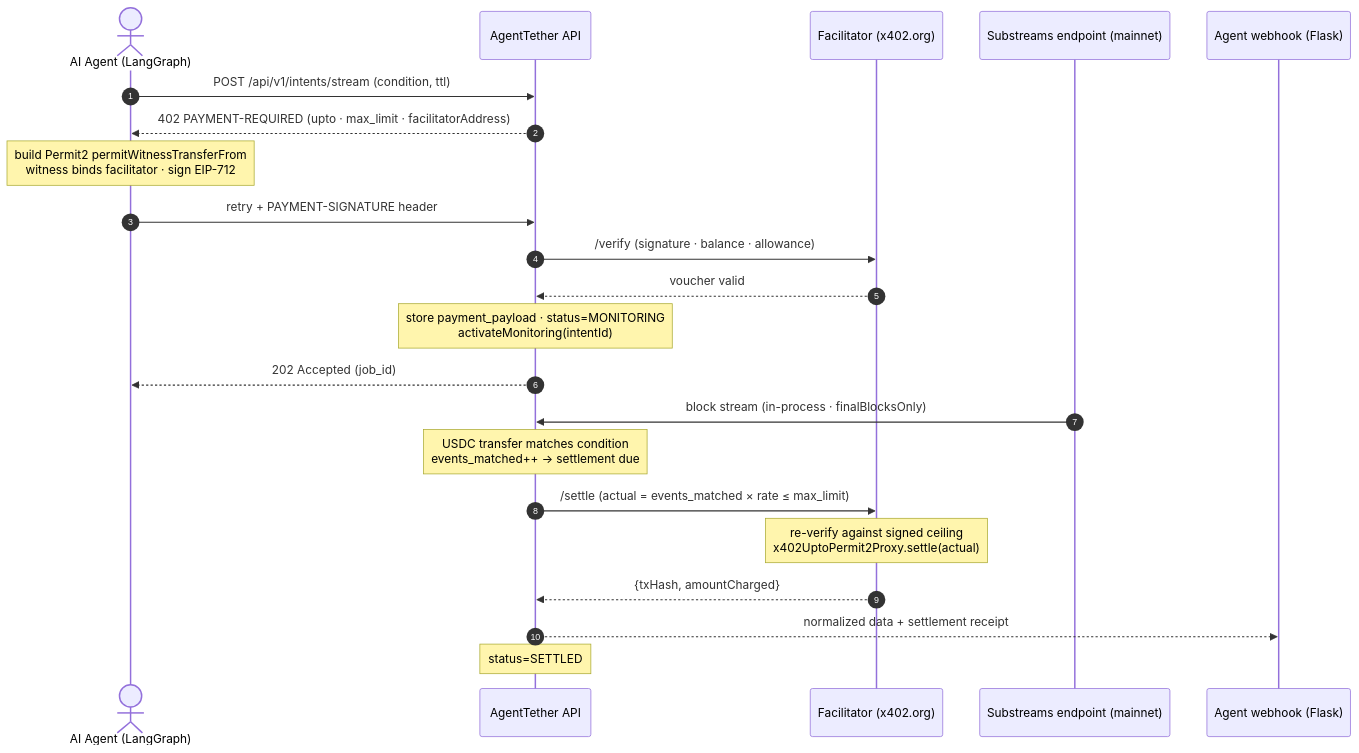
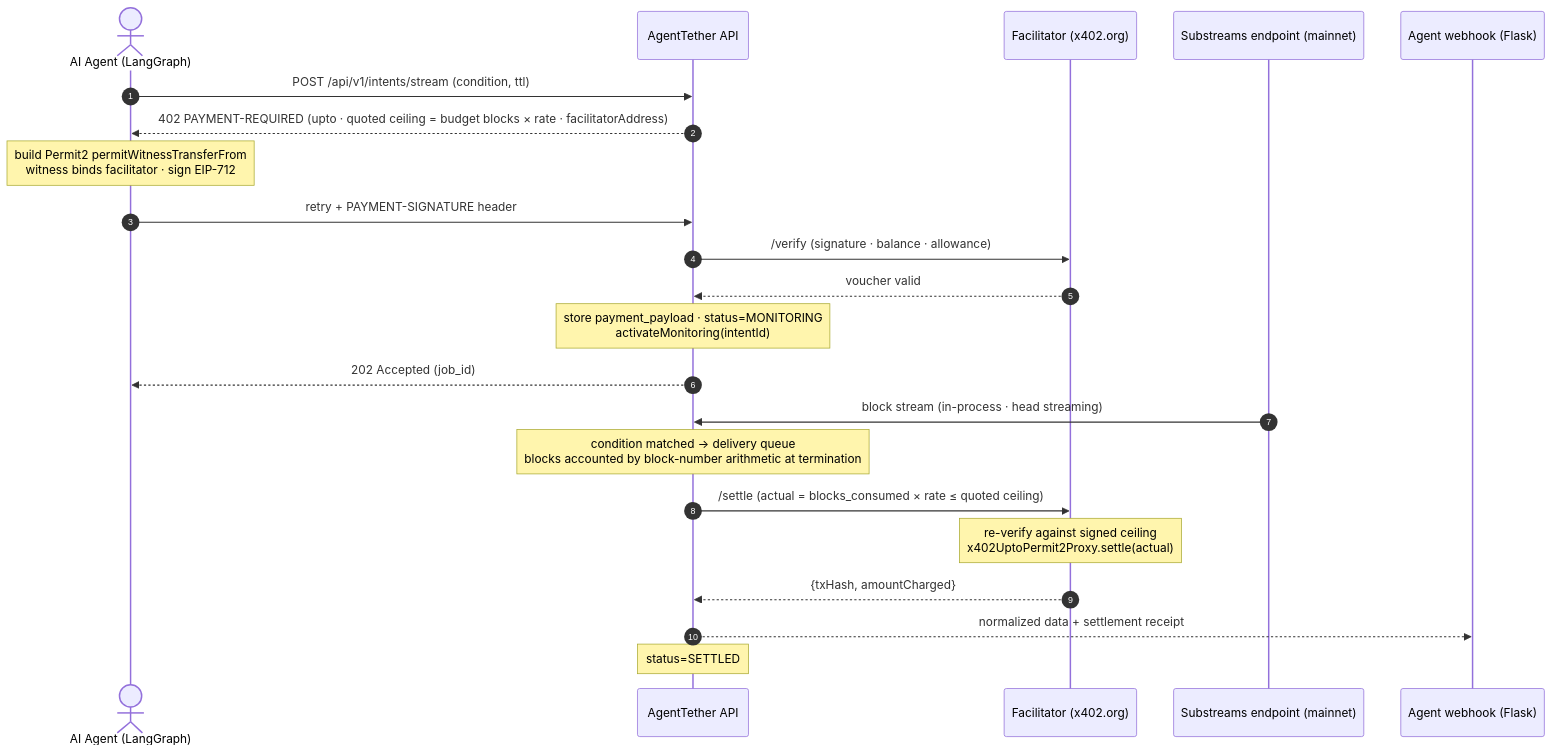
One commit to roderickhodgson/AgentTether changed the second of 3 diagrams in README.md. Above: the diagram before and after it, drawn with Mermaid. The commit also changed other lines of this file and 1 other file, not shown here.

Commit message:
sweep readme and agents notes for the per-block model

````diff
--- a/README.md
+++ b/README.md
@@ -80,25 +80,25 @@
 ```mermaid
 sequenceDiagram
     autonumber
     actor A as AI Agent (LangGraph)
     participant API as AgentTether API
     participant F as Facilitator (x402.org)
     participant S as Substreams endpoint (mainnet)
     participant W as Agent webhook (Flask)
 
     A->>API: POST /api/v1/intents/stream (condition, ttl)
-    API-->>A: 402 PAYMENT-REQUIRED (upto · max_limit · facilitatorAddress)
+    API-->>A: 402 PAYMENT-REQUIRED (upto · quoted ceiling = budget blocks × rate · facilitatorAddress)
     Note over A: build Permit2 permitWitnessTransferFrom<br/>witness binds facilitator · sign EIP-712
     A->>API: retry + PAYMENT-SIGNATURE header
     API->>F: /verify (signature · balance · allowance)
     F-->>API: voucher valid
     Note over API: store payment_payload · status=MONITORING<br/>activateMonitoring(intentId)
     API-->>A: 202 Accepted (job_id)
-    S->>API: block stream (in-process · finalBlocksOnly)
-    Note over API: USDC transfer matches condition<br/>events_matched++ → settlement due
-    API->>F: /settle (actual = events_matched × rate ≤ max_limit)
+    S->>API: block stream (in-process · head streaming)
+    Note over API: condition matched → delivery queue<br/>blocks accounted by block-number arithmetic at termination
+    API->>F: /settle (actual = blocks_consumed × rate ≤ quoted ceiling)
     Note over F: re-verify against signed ceiling<br/>x402UptoPermit2Proxy.settle(actual)
     F-->>API: {txHash, amountCharged}
     API-->>W: normalized data + settlement receipt
     Note over API: status=SETTLED
 ```
````
